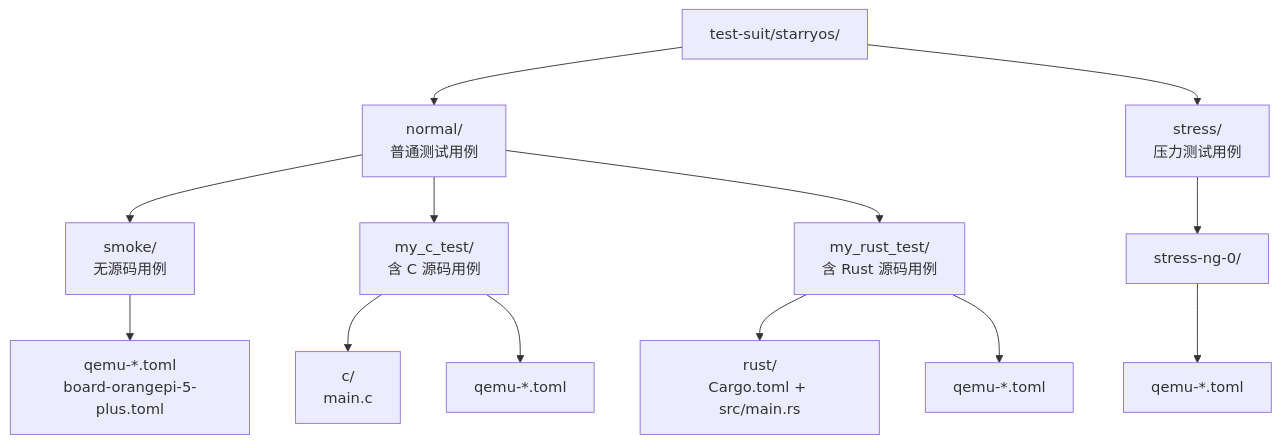
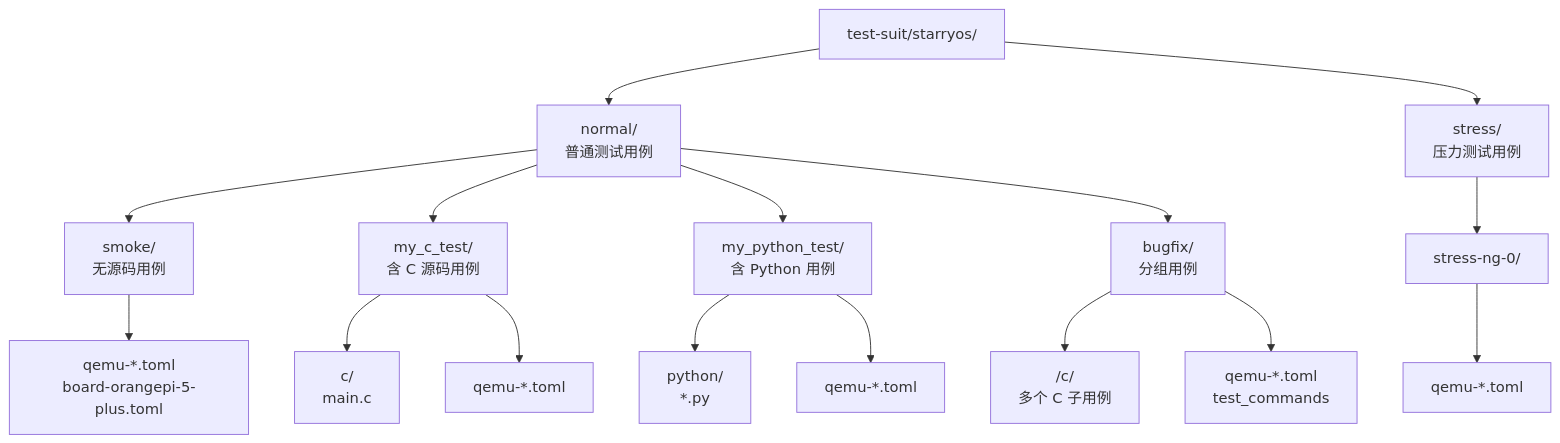
The first of 4 diagrams in docs/docs/design/test/starryos.md (rcore-os/tgoskits), drawn with Mermaid before and after one commit. The commit also changed other lines of this file and 47 other files, not shown here.

First line of the commit message:
Implement QEMU test case orchestration and related utilities

````diff
--- a/docs/docs/design/test/starryos.md
+++ b/docs/docs/design/test/starryos.md
@@ -26,29 +30,35 @@
 ```mermaid
 flowchart TD
     root["test-suit/starryos/"]
     normal["normal/<br/>普通测试用例"]
     stress["stress/<br/>压力测试用例"]
     smoke["smoke/<br/>无源码用例"]
     ccase["my_c_test/<br/>含 C 源码用例"]
-    rcase["my_rust_test/<br/>含 Rust 源码用例"]
+    pycase["my_python_test/<br/>含 Python 用例"]
+    grouped["bugfix/<br/>分组用例"]
     stressng["stress-ng-0/"]
     smoke_cfg["qemu-*.toml<br/>board-orangepi-5-plus.toml"]
     c_src["c/<br/>main.c"]
     c_cfg["qemu-*.toml"]
-    r_src["rust/<br/>Cargo.toml + src/main.rs"]
-    r_cfg["qemu-*.toml"]
+    py_src["python/<br/>*.py"]
+    py_cfg["qemu-*.toml"]
+    grouped_sub["<subcase>/c/<br/>多个 C 子用例"]
+    grouped_cfg["qemu-*.toml<br/>test_commands"]
     stress_cfg["qemu-*.toml"]
 
     root --> normal
     root --> stress
     normal --> smoke
     normal --> ccase
-    normal --> rcase
+    normal --> pycase
+    normal --> grouped
     smoke --> smoke_cfg
     ccase --> c_src
     ccase --> c_cfg
-    rcase --> r_src
-    rcase --> r_cfg
+    pycase --> py_src
+    pycase --> py_cfg
+    grouped --> grouped_sub
+    grouped --> grouped_cfg
     stress --> stressng
     stressng --> stress_cfg
 ```
````
